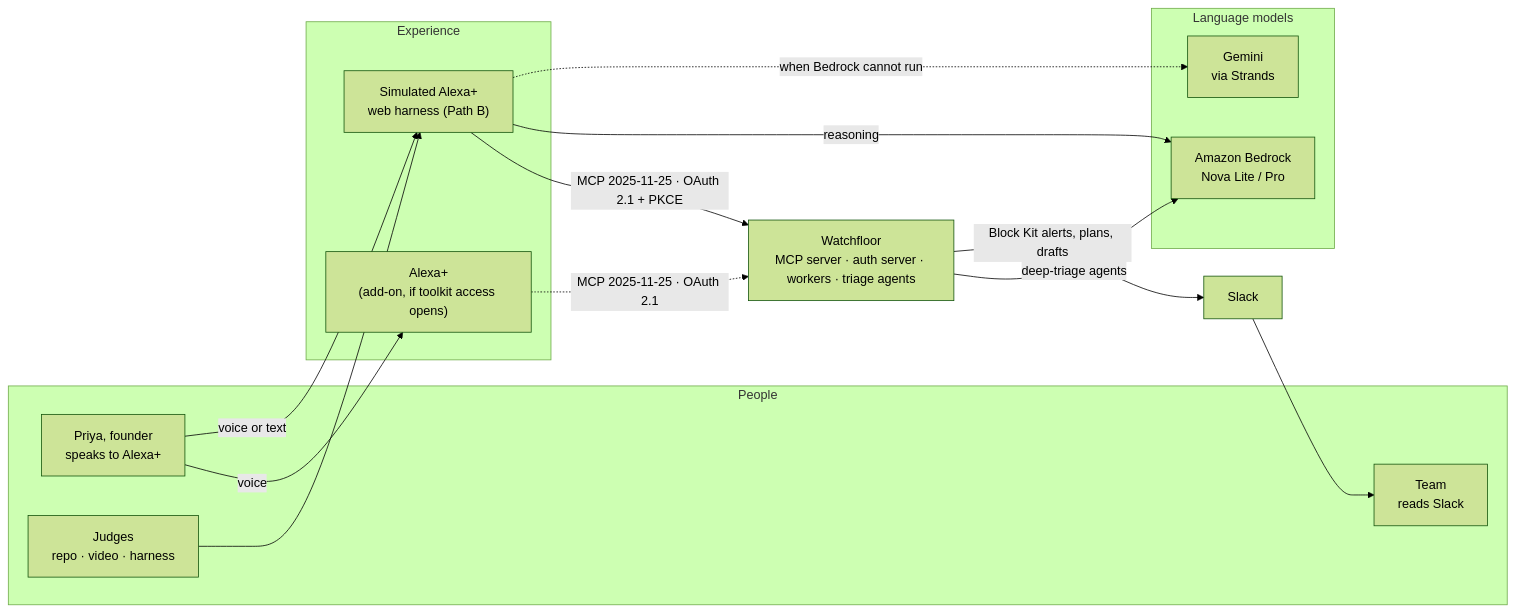
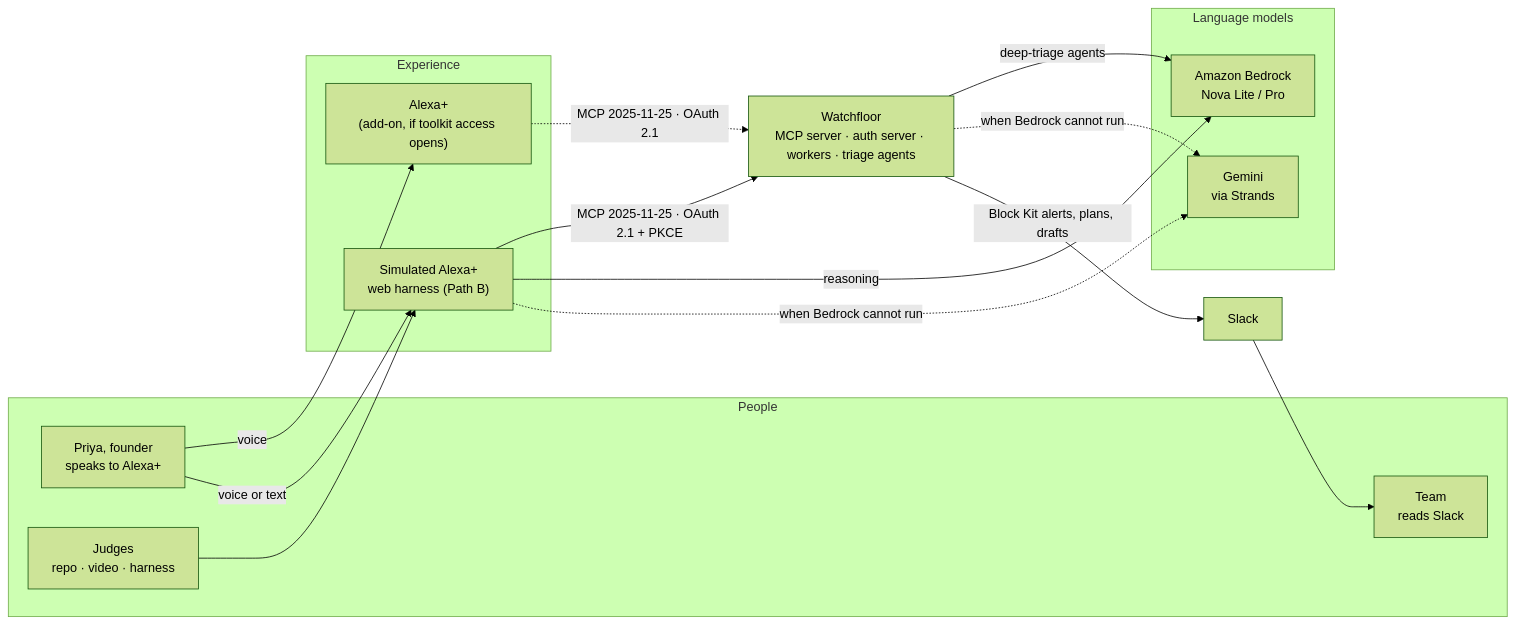
Before and after one commit to BugHunterX2101/watchfloor: the first of 21 diagrams in README.md, drawn with Mermaid (forest theme). The commit also changed other lines of this file, not shown here.

````diff
--- a/README.md
+++ b/README.md
@@ -156,29 +156,30 @@
 ```mermaid
 flowchart LR
   subgraph People
     PR["Priya, founder<br/>speaks to Alexa+"]
     TM["Team<br/>reads Slack"]
     JU["Judges<br/>repo · video · harness"]
   end
   subgraph Client["Experience"]
     AX["Alexa+<br/>(add-on, if toolkit access opens)"]
     HS["Simulated Alexa+<br/>web harness (Path B)"]
   end
   WF["Watchfloor<br/>MCP server · auth server · workers · triage agents"]
   subgraph Models["Language models"]
     BR["Amazon Bedrock<br/>Nova Lite / Pro"]
     GM["Gemini<br/>via Strands"]
   end
   SL["Slack"]
 
   PR -- "voice" --> AX
   PR -- "voice or text" --> HS
   JU --> HS
   AX -. "MCP 2025-11-25 · OAuth 2.1" .-> WF
   HS -- "MCP 2025-11-25 · OAuth 2.1 + PKCE" --> WF
   HS -- "reasoning" --> BR
   HS -. "when Bedrock cannot run" .-> GM
   WF -- "deep-triage agents" --> BR
+  WF -. "when Bedrock cannot run" .-> GM
   WF -- "Block Kit alerts, plans, drafts" --> SL
   SL --> TM
 ```
````
